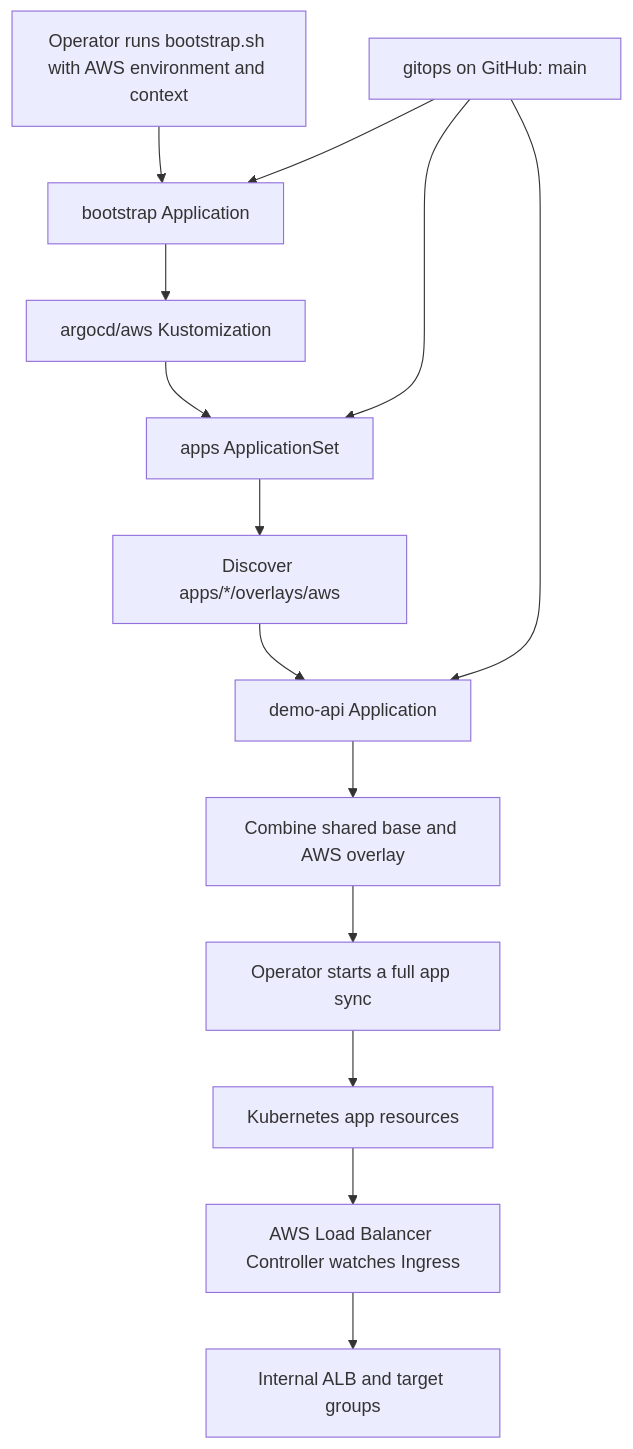
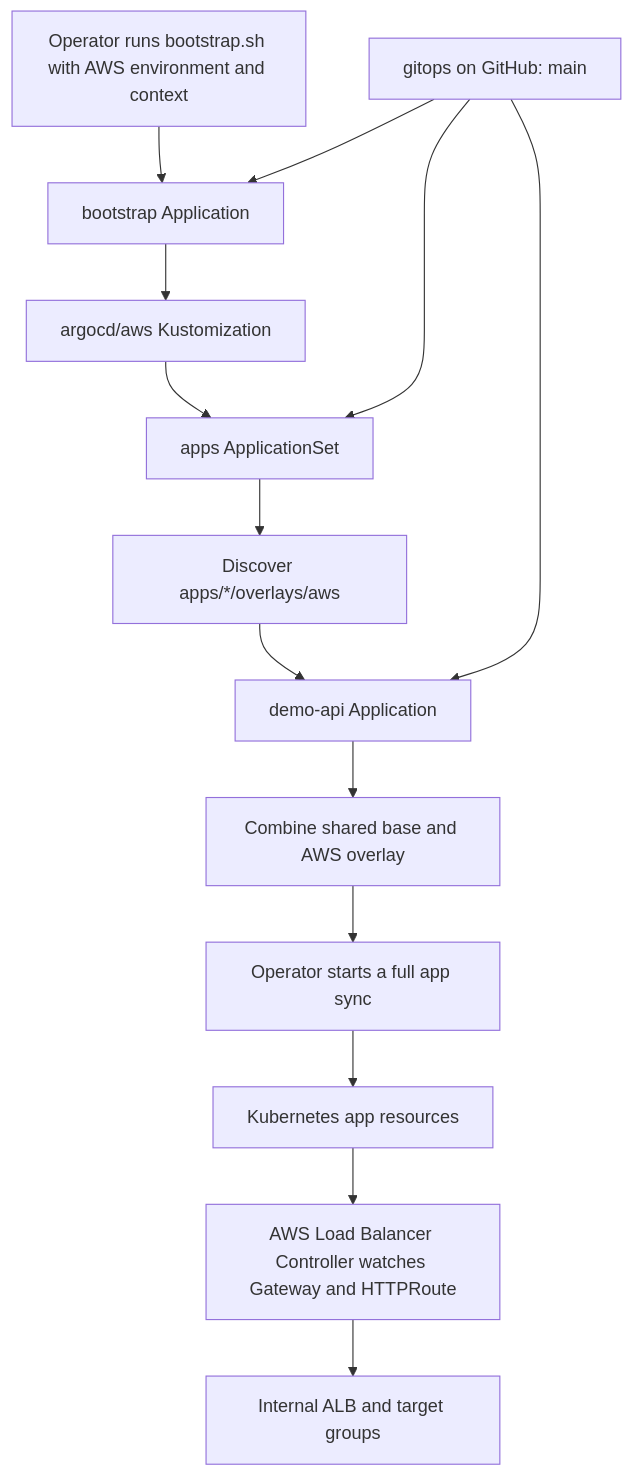
One commit to pquarg/gitops changed the first of 2 diagrams in docs/aws/architecture.md. Above: the diagram before and after it, drawn with Mermaid. The commit also changed other lines of this file and 44 other files, not shown here.

Commit message:
Prepare AWS Gateway API routing for first deployment

````diff
--- a/docs/aws/architecture.md
+++ b/docs/aws/architecture.md
@@ -34,16 +34,16 @@
 ```mermaid
 flowchart TD
     Operator[Operator runs bootstrap.sh with AWS environment and context] --> Bootstrap[bootstrap Application]
     Git[gitops on GitHub: main] --> Bootstrap
     Bootstrap --> Registrations[argocd/aws Kustomization]
     Registrations --> AppSet[apps ApplicationSet]
     Git --> AppSet
     AppSet --> Discovery[Discover apps/*/overlays/aws]
     Discovery --> App[demo-api Application]
     Git --> App
     App --> Render[Combine shared base and AWS overlay]
     Render --> Sync[Operator starts a full app sync]
     Sync --> Resources[Kubernetes app resources]
-    Resources --> Controller[AWS Load Balancer Controller watches Ingress]
+    Resources --> Controller[AWS Load Balancer Controller watches Gateway and HTTPRoute]
     Controller --> ALB[Internal ALB and target groups]
 ```
````
